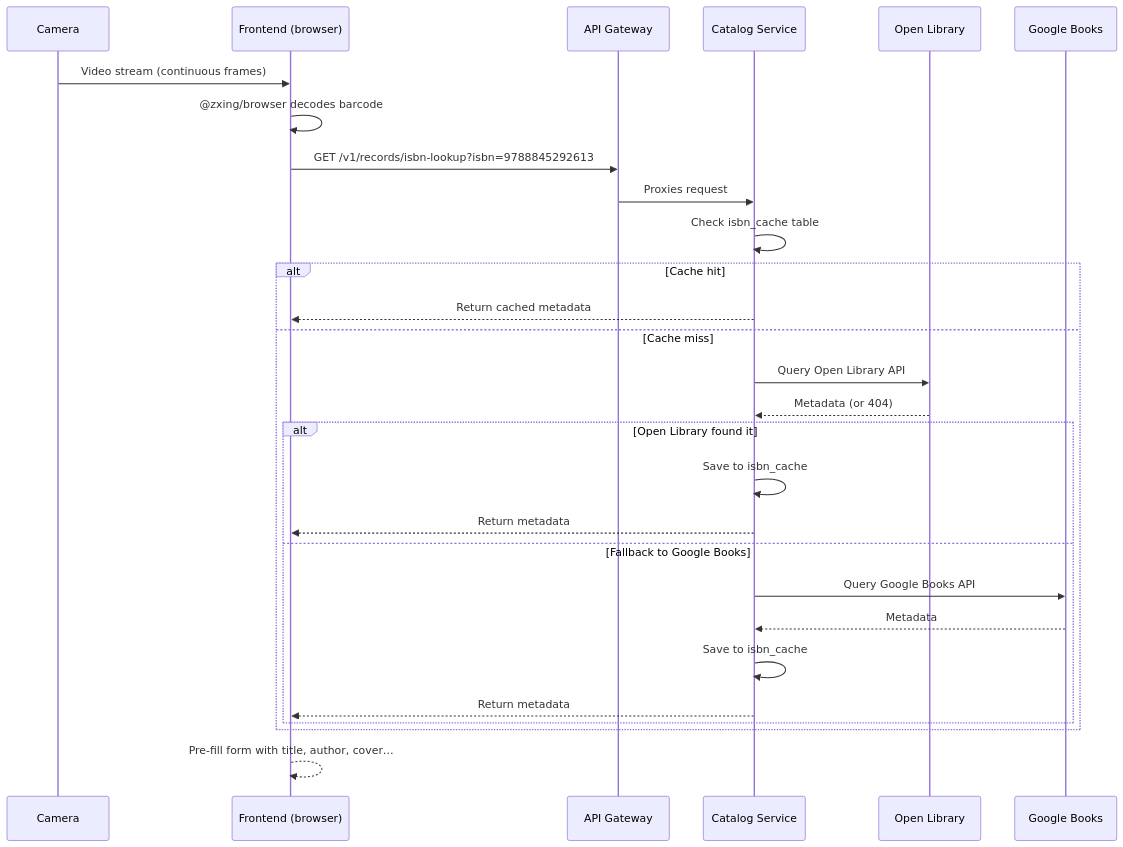
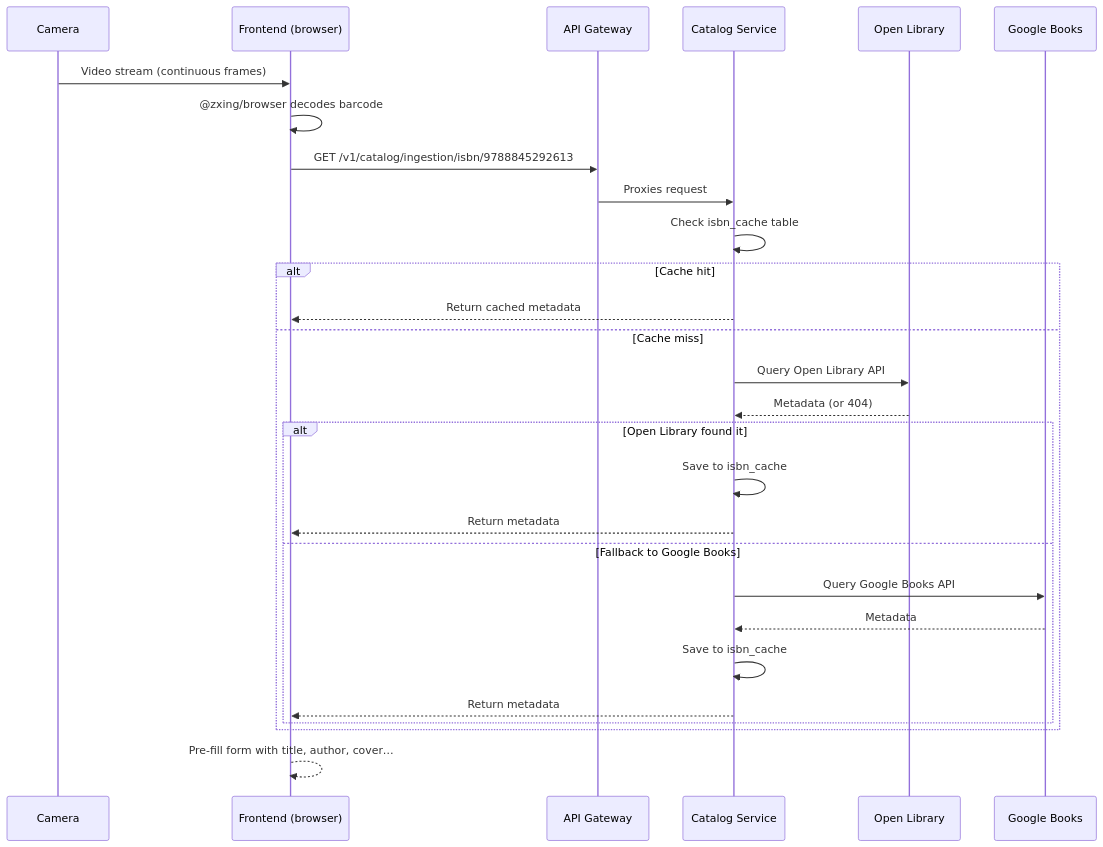
The diagram in docs/user/07-isbn-scanning.md (jinbocho/jinbocho.github.io), drawn with Mermaid before and after one commit. The commit also changed 46 other files, not shown here.

````diff
--- a/docs/user/07-isbn-scanning.md
+++ b/docs/user/07-isbn-scanning.md
@@ -11,31 +11,31 @@
 ```mermaid
 sequenceDiagram
     participant C as Camera
     participant FE as Frontend (browser)
     participant API as API Gateway
     participant Cat as Catalog Service
     participant OL as Open Library
     participant GB as Google Books
 
     C->>FE: Video stream (continuous frames)
     FE->>FE: @zxing/browser decodes barcode
-    FE->>API: GET /v1/records/isbn-lookup?isbn=9788845292613
+    FE->>API: GET /v1/catalog/ingestion/isbn/9788845292613
     API->>Cat: Proxies request
     Cat->>Cat: Check isbn_cache table
     alt Cache hit
         Cat-->>FE: Return cached metadata
     else Cache miss
         Cat->>OL: Query Open Library API
         OL-->>Cat: Metadata (or 404)
         alt Open Library found it
             Cat->>Cat: Save to isbn_cache
             Cat-->>FE: Return metadata
         else Fallback to Google Books
             Cat->>GB: Query Google Books API
             GB-->>Cat: Metadata
             Cat->>Cat: Save to isbn_cache
             Cat-->>FE: Return metadata
         end
     end
     FE-->>FE: Pre-fill form with title, author, cover…
 ```
````
